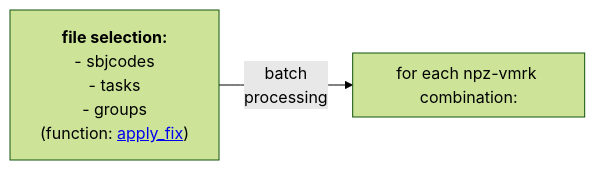
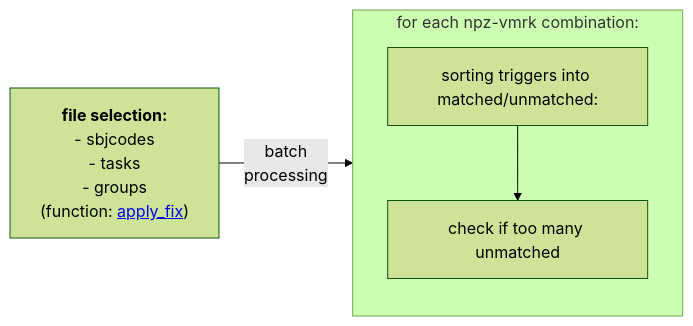
One commit to neuro-dream/Trigger-Fix changed the diagram in README.md. Above: the diagram before and after it, drawn with Mermaid (forest theme).

````diff
--- a/README.md
+++ b/README.md
@@ -6,13 +6,16 @@
 ```mermaid
 graph LR;
     A["<b>file selection:</b><br> - sbjcodes<br> - tasks<br> - groups<br> (function: <a href='https://github.com/neurodream/Trigger-Fix/blob/main/trigfix/trigger_compare_functions.py#L92'>apply_fix</a>)"]
+    B["sorting triggers into matched/unmatched:"]
+    C["check if too many unmatched"]
 
 subgraph for_each_file_comb["for each npz-vmrk combination:"]
     direction TB
+    B-->C;
 end
 
     A--"batch <br>processing"-->for_each_file_comb;
     %% A-->C;
     %% B-->D;
     %% C-->D;
 ```
````
